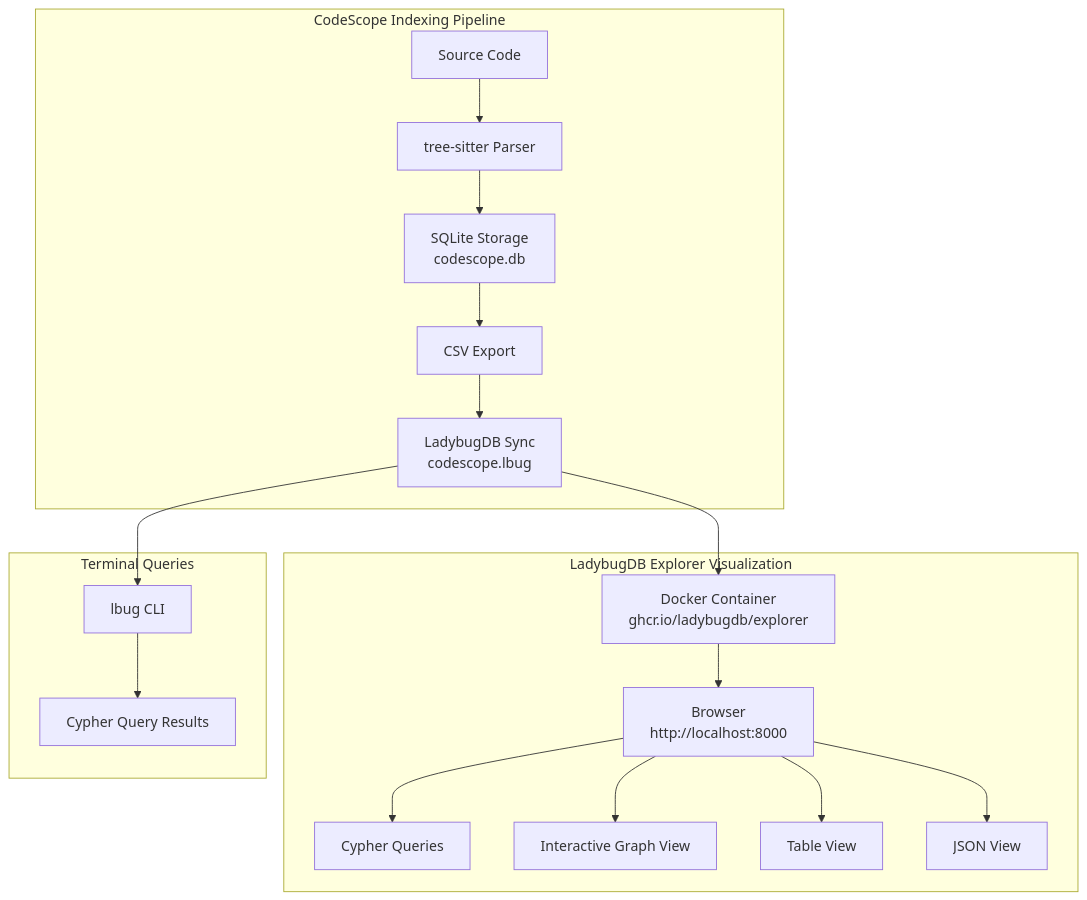
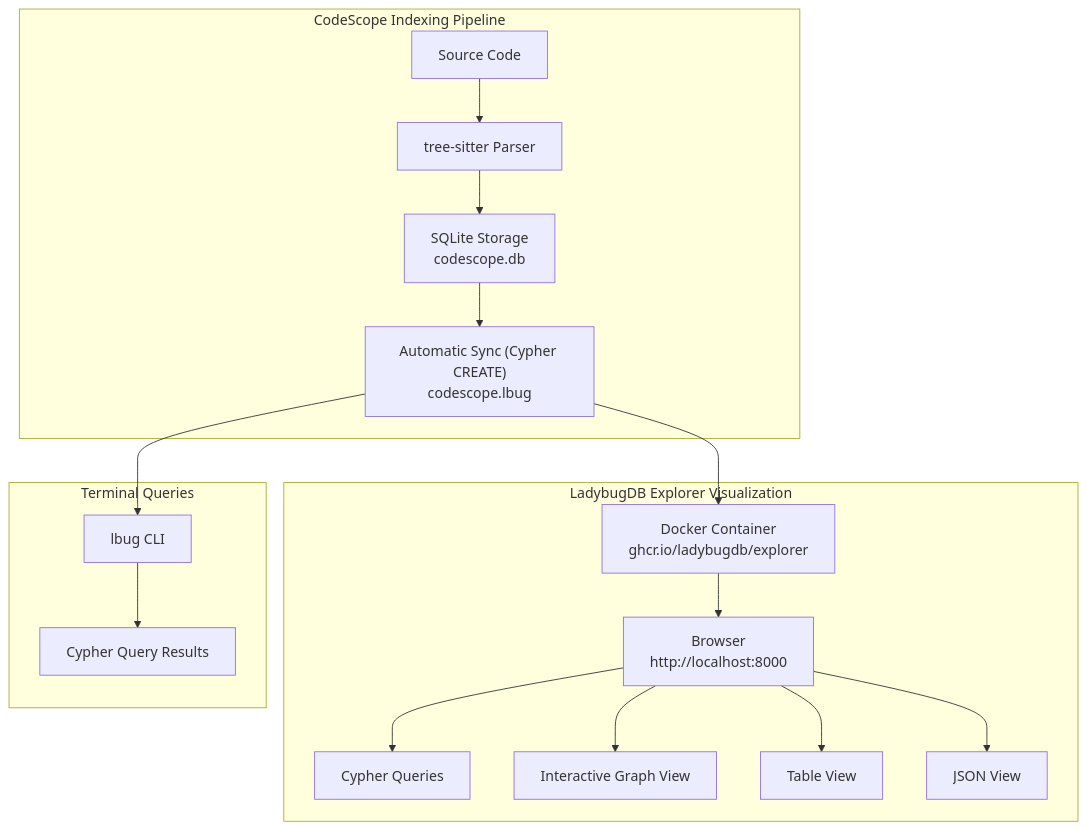
The fourth of 4 diagrams in docs/en/ladybugdb_explorer.md (Timwood0x10/CodeScope), drawn with Mermaid before and after one commit. The commit also changed other lines of this file and 5 other files, not shown here.

Commit message:
refactor(store): replace COPY FROM with batched Cypher CREATE for LadybugDB sync

````diff
--- a/docs/en/ladybugdb_explorer.md
+++ b/docs/en/ladybugdb_explorer.md
@@ -181,23 +158,22 @@
 ```mermaid
 flowchart TB
     subgraph "CodeScope Indexing Pipeline"
         A["Source Code"] --> B["tree-sitter Parser"]
         B --> C["SQLite Storage<br/>codescope.db"]
-        C --> D["CSV Export"]
-        D --> E["LadybugDB Sync<br/>codescope.lbug"]
+        C --> E["Automatic Sync (Cypher CREATE)<br/>codescope.lbug"]
     end
 
     subgraph "LadybugDB Explorer Visualization"
         E --> F["Docker Container<br/>ghcr.io/ladybugdb/explorer"]
         F --> G["Browser<br/>http://localhost:8000"]
         G --> H["Cypher Queries"]
         G --> I["Interactive Graph View"]
         G --> J["Table View"]
         G --> K["JSON View"]
     end
 
     subgraph "Terminal Queries"
         E --> L["lbug CLI"]
         L --> M["Cypher Query Results"]
     end
 ```
````
